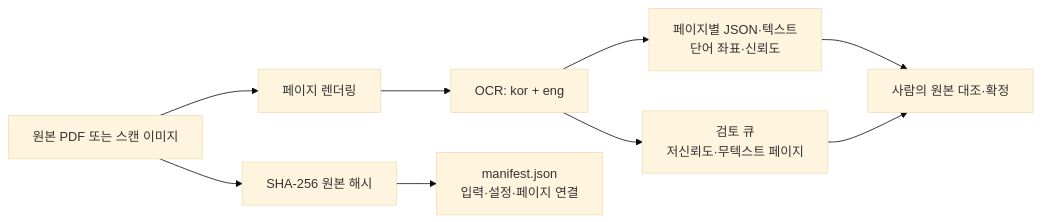
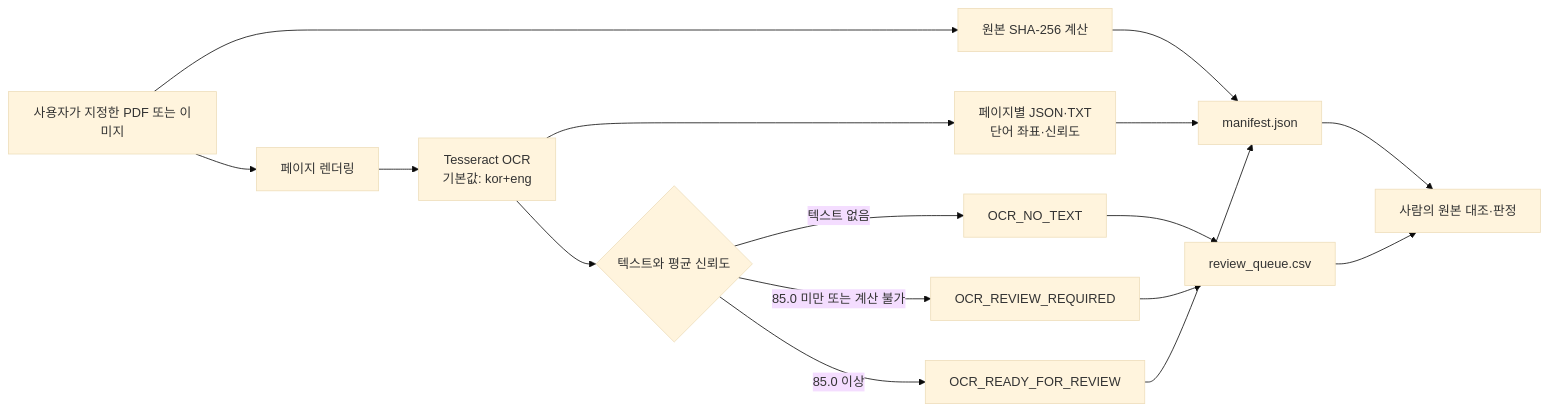
One commit to mjjeon-minjea/codex-evidence-ocr changed the diagram in README.md. Above: the diagram before and after it, drawn with Mermaid (base theme). The commit also changed other lines of this file, not shown here.

````diff
--- a/README.md
+++ b/README.md
@@ -19,11 +71,18 @@
 ```mermaid
 flowchart LR
-    A["원본 PDF 또는 스캔 이미지"] --> B["페이지 렌더링"]
-    B --> C["OCR: kor + eng"]
-    C --> D["페이지별 JSON·텍스트\n단어 좌표·신뢰도"]
-    C --> E["검토 큐\n저신뢰도·무텍스트 페이지"]
-    A --> F["SHA-256 원본 해시"]
-    F --> G["manifest.json\n입력·설정·페이지 연결"]
-    D --> H["사람의 원본 대조·확정"]
-    E --> H
+    A["사용자가 지정한 PDF 또는 이미지"] --> B["원본 SHA-256 계산"]
+    A --> C["페이지 렌더링"]
+    C --> D["Tesseract OCR\n기본값: kor+eng"]
+    D --> E["페이지별 JSON·TXT\n단어 좌표·신뢰도"]
+    D --> F{"텍스트와 평균 신뢰도"}
+    F -->|"텍스트 없음"| G["OCR_NO_TEXT"]
+    F -->|"85.0 미만 또는 계산 불가"| H["OCR_REVIEW_REQUIRED"]
+    F -->|"85.0 이상"| I["OCR_READY_FOR_REVIEW"]
+    G --> J["review_queue.csv"]
+    H --> J
+    B --> K["manifest.json"]
+    E --> K
+    I --> K
+    J --> L["사람의 원본 대조·판정"]
+    K --> L
 ```
````
